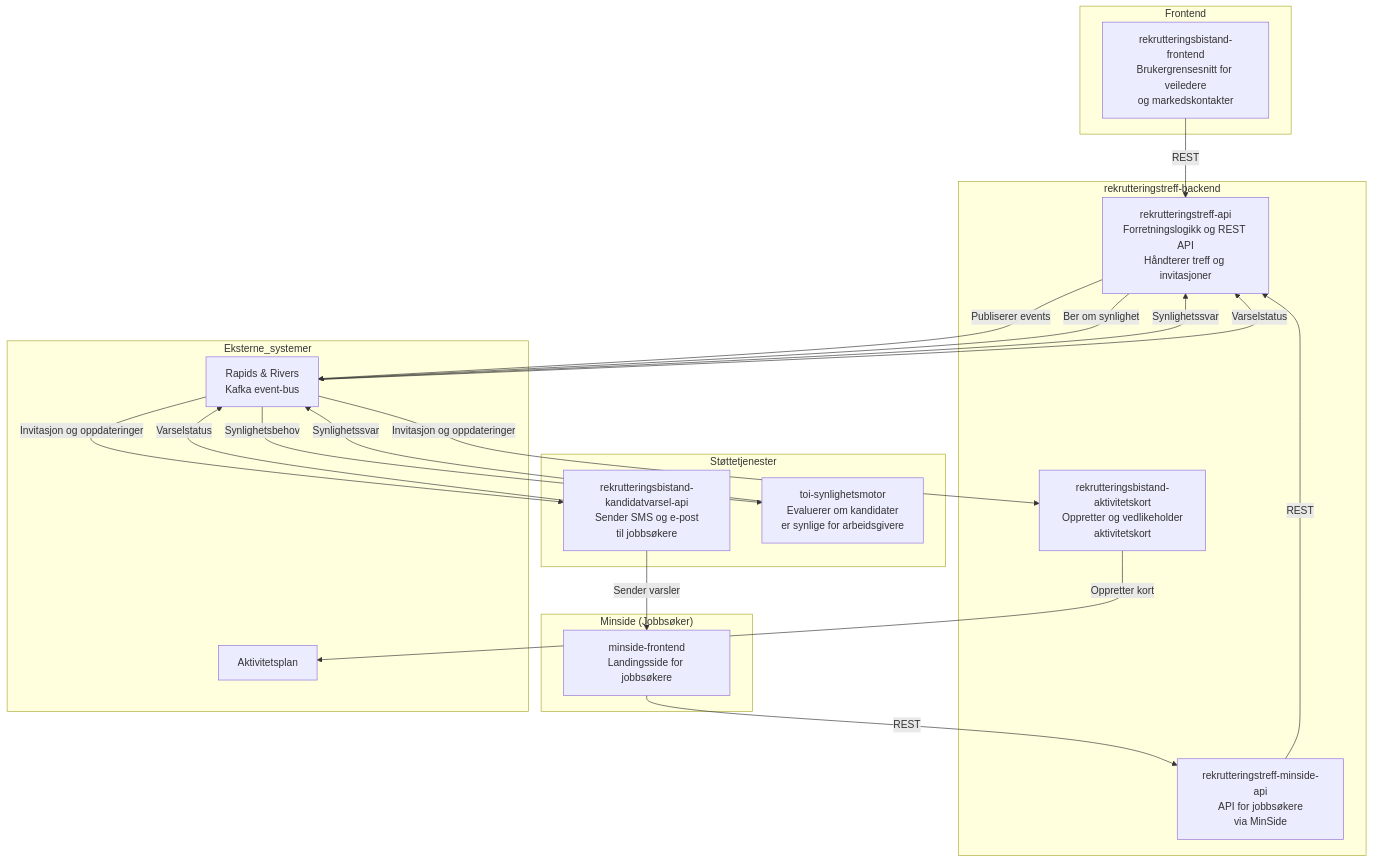
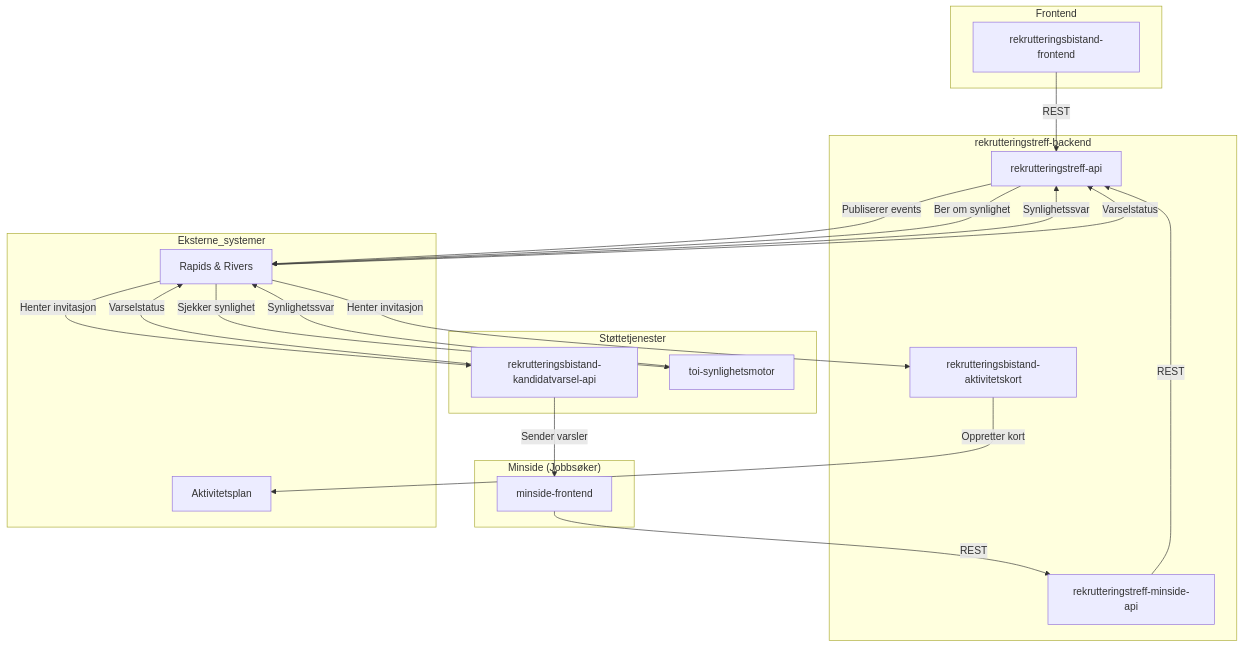
Before and after one commit to navikt/rekrutteringstreff-backend: the diagram in docs/1-oversikt/oversikt.md, drawn with Mermaid. The commit also changed other lines of this file, not shown here.

Commit message:
Forbedre oversikt mermaid

````diff
--- a/docs/1-oversikt/oversikt.md
+++ b/docs/1-oversikt/oversikt.md
@@ -22,46 +17,48 @@
 ```mermaid
-graph TB
+graph TD
     subgraph Frontend
-        RBF[rekrutteringsbistand-frontend<br/>Brukergrensesnitt for veiledere<br/>og markedskontakter]
+        RBF[rekrutteringsbistand-frontend]
     end
 
     subgraph "Minside (Jobbsøker)"
-        MINSIDE_FE[minside-frontend<br/>Landingsside for jobbsøkere]
+        MINSIDE_FE[minside-frontend]
     end
 
     subgraph "rekrutteringstreff-backend"
-        API[rekrutteringstreff-api<br/>Forretningslogikk og REST API<br/>Håndterer treff og invitasjoner]
-        MINSIDE_API[rekrutteringstreff-minside-api<br/>API for jobbsøkere<br/>via MinSide]
-        AK[rekrutteringsbistand-aktivitetskort<br/>Oppretter og vedlikeholder<br/>aktivitetskort]
+        API[rekrutteringstreff-api]
+        MINSIDE_API[rekrutteringstreff-minside-api]
+        AK[rekrutteringsbistand-aktivitetskort]
     end
 
     subgraph Støttetjenester
-        VARSEL[rekrutteringsbistand-kandidatvarsel-api<br/>Sender SMS og e-post<br/>til jobbsøkere]
-        SYN[toi-synlighetsmotor<br/>Evaluerer om kandidater<br/>er synlige for arbeidsgivere]
+        VARSEL[rekrutteringsbistand-kandidatvarsel-api]
+        SYN[toi-synlighetsmotor]
     end
 
     subgraph Eksterne_systemer
-        RAPIDS[Rapids & Rivers<br/>Kafka event-bus]
+        RAPIDS[Rapids & Rivers]
         AKTIVITET[Aktivitetsplan]
     end
 
+    %% Kommunikasjon
     RBF -->|REST| API
     MINSIDE_FE -->|REST| MINSIDE_API
     MINSIDE_API -->|REST| API
 
+    %% Kafka-flyt
     API -->|Publiserer events| RAPIDS
     API -->|Ber om synlighet| RAPIDS
 
-    RAPIDS -->|Invitasjon og oppdateringer| AK
-    RAPIDS -->|Invitasjon og oppdateringer| VARSEL
-    RAPIDS -->|Synlighetsbehov| SYN
+    RAPIDS -->|Henter invitasjon| AK
+    RAPIDS -->|Henter invitasjon| VARSEL
+    RAPIDS -->|Sjekker synlighet| SYN
 
     SYN -->|Synlighetssvar| RAPIDS
     RAPIDS -->|Synlighetssvar| API
 
     VARSEL -->|Sender varsler| MINSIDE_FE
     VARSEL -->|Varselstatus| RAPIDS
     RAPIDS -->|Varselstatus| API
 
     AK -->|Oppretter kort| AKTIVITET
 ```
````
